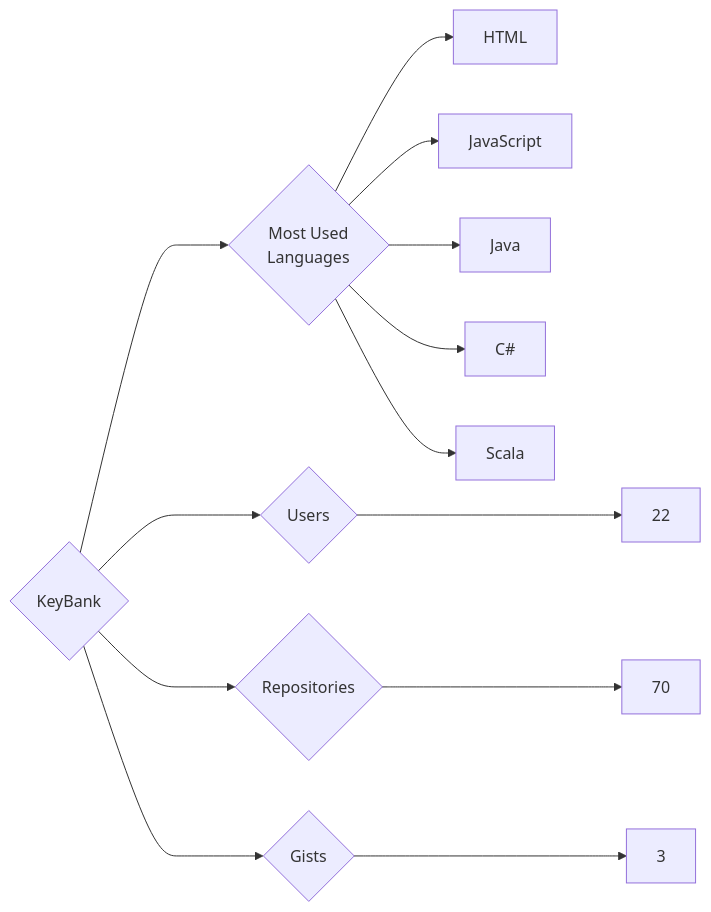
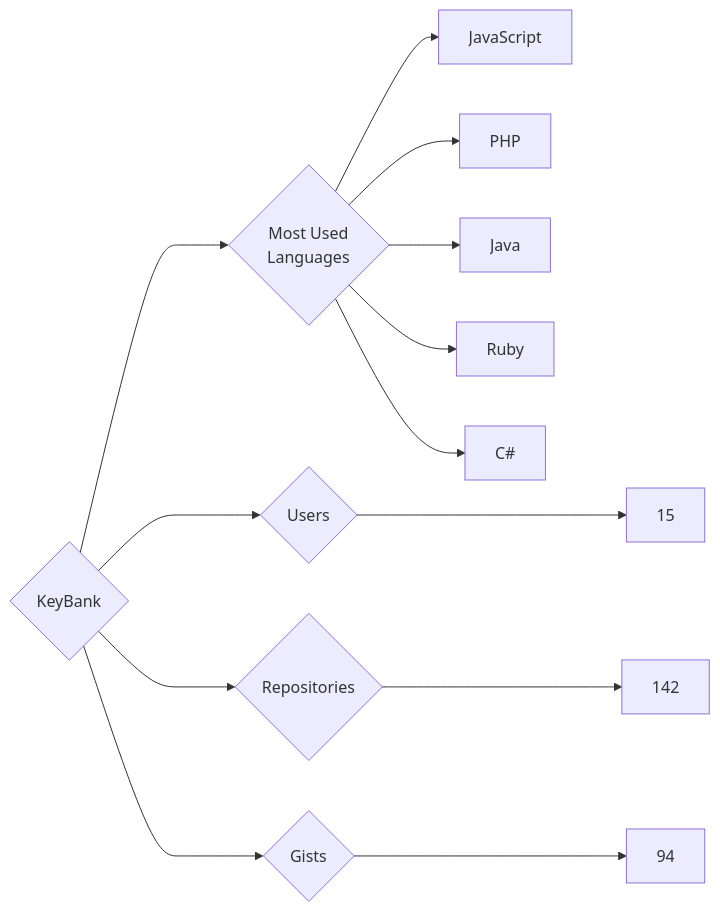
The diagram in targets/KeyBank/README.md (trickest/insiders), drawn with Mermaid before and after one commit. The commit also changed 894 other files, not shown here.

````diff
--- a/targets/KeyBank/README.md
+++ b/targets/KeyBank/README.md
@@ -3,13 +3,13 @@
 ```mermaid
 graph LR
 COMPANY_NAME{KeyBank}
-COMPANY_NAME ---> U{Users} ---> UN[22]
-COMPANY_NAME ---> R{Repositories} ---> RN[70]
-COMPANY_NAME ---> G{Gists} ---> GN[3]
+COMPANY_NAME ---> U{Users} ---> UN[15]
+COMPANY_NAME ---> R{Repositories} ---> RN[142]
+COMPANY_NAME ---> G{Gists} ---> GN[94]
 COMPANY_NAME ---> ML{Most Used<br>Languages}
-ML --> HTML[HTML]
 ML --> JavaScript[JavaScript]
+ML --> PHP[PHP]
 ML --> Java[Java]
+ML --> Ruby[Ruby]
 ML --> C#[C#]
-ML --> Scala[Scala]
 ```
````
